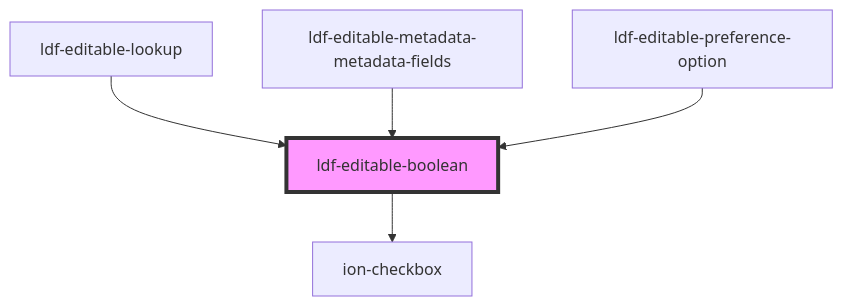
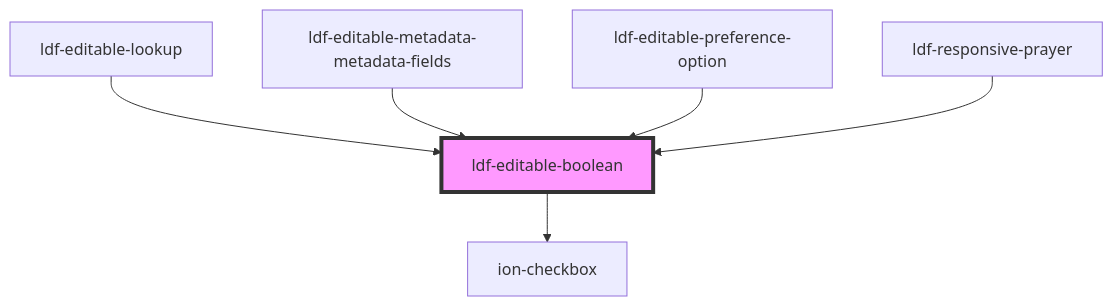
The diagram in components/src/components/editable-boolean/readme.md (gbj/venite), drawn with Mermaid before and after one commit. The commit also changed other lines of this file and 18 other files, not shown here.

````diff
--- a/components/src/components/editable-boolean/readme.md
+++ b/components/src/components/editable-boolean/readme.md
@@ -37,8 +38,9 @@
 ```mermaid
 graph TD;
   ldf-editable-boolean --> ion-checkbox
   ldf-editable-lookup --> ldf-editable-boolean
   ldf-editable-metadata-metadata-fields --> ldf-editable-boolean
   ldf-editable-preference-option --> ldf-editable-boolean
+  ldf-responsive-prayer --> ldf-editable-boolean
   style ldf-editable-boolean fill:#f9f,stroke:#333,stroke-width:4px
 ```
````
